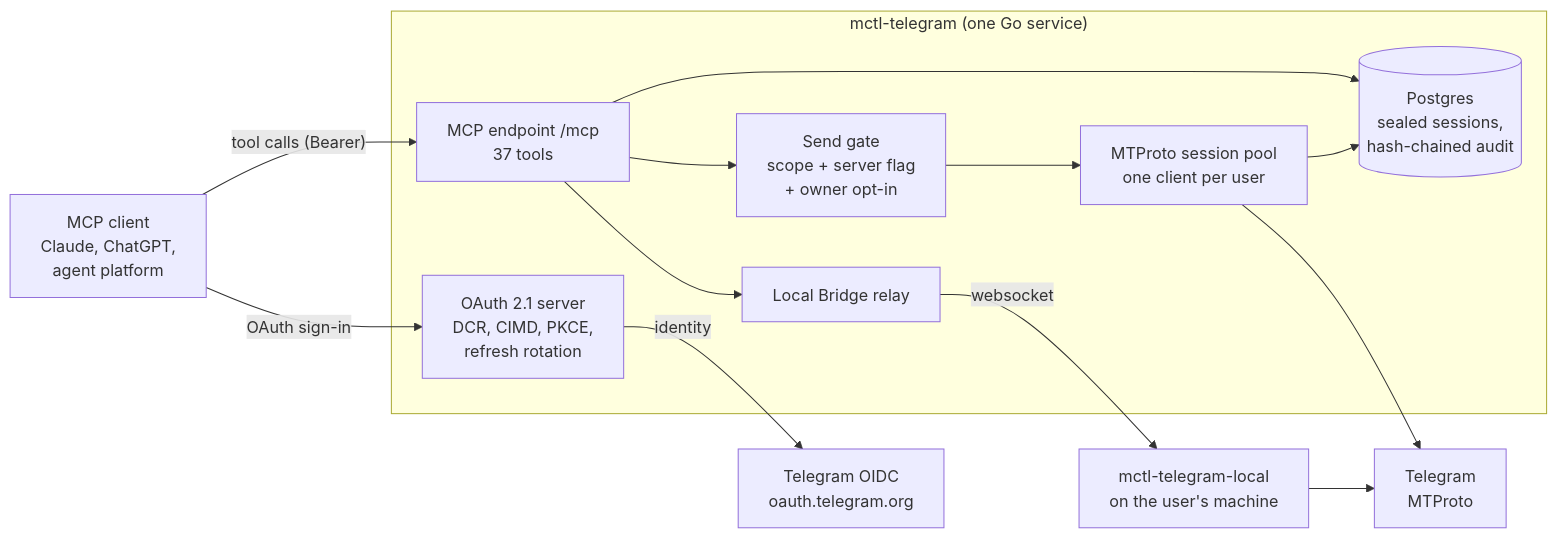
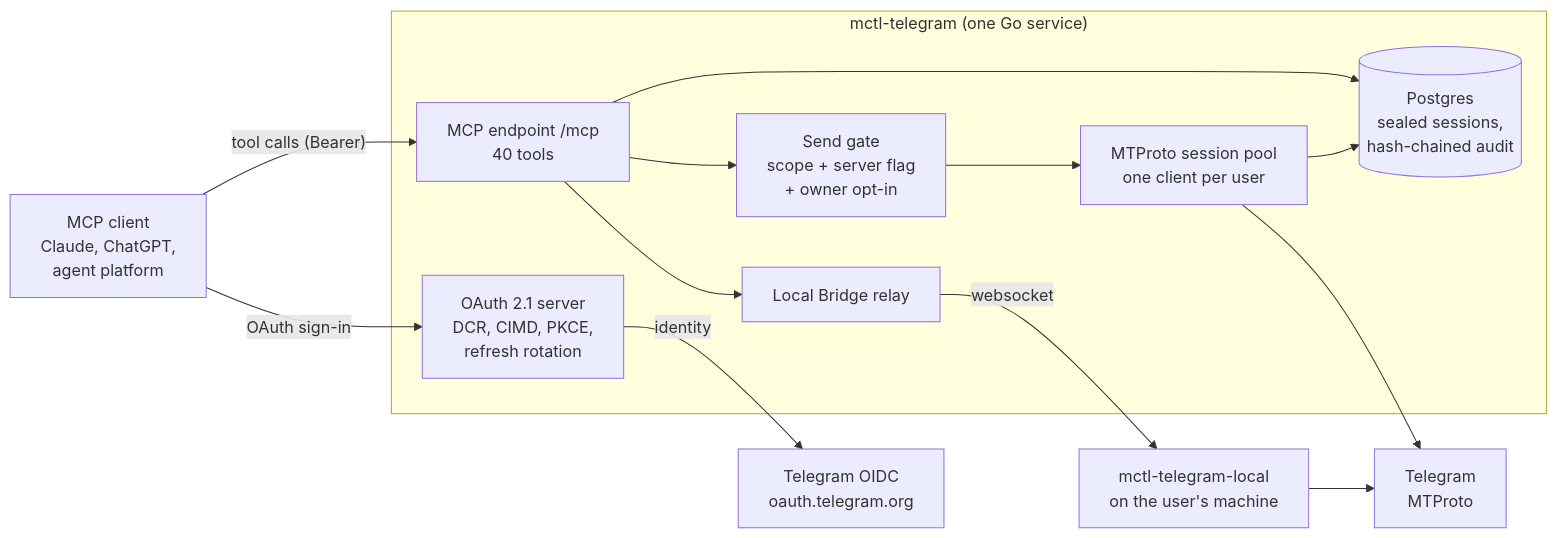
Before and after one commit to mctlhq/mctl-telegram: the diagram in README.md, drawn with Mermaid. The commit also changed other lines of this file and 5 other files, not shown here.

First line of the commit message:
docs: document the assistant MCP tools

````diff
--- a/README.md
+++ b/README.md
@@ -47,27 +47,27 @@
 ```mermaid
 flowchart LR
     C["MCP client<br/>Claude, ChatGPT,<br/>agent platform"]
     subgraph S["mctl-telegram (one Go service)"]
         AS["OAuth 2.1 server<br/>DCR, CIMD, PKCE,<br/>refresh rotation"]
-        M["MCP endpoint /mcp<br/>37 tools"]
+        M["MCP endpoint /mcp<br/>40 tools"]
         G["Send gate<br/>scope + server flag<br/>+ owner opt-in"]
         P["MTProto session pool<br/>one client per user"]
         R["Local Bridge relay"]
         A[("Postgres<br/>sealed sessions,<br/>hash-chained audit")]
     end
     TO["Telegram OIDC<br/>oauth.telegram.org"]
     T["Telegram<br/>MTProto"]
     D["mctl-telegram-local<br/>on the user's machine"]
 
     C -- "OAuth sign-in" --> AS
     AS -- "identity" --> TO
     C -- "tool calls (Bearer)" --> M
     M --> G
     G --> P
     P --> T
     M --> R
     R -- "websocket" --> D
     D --> T
     M --> A
     P --> A
 ```
````
